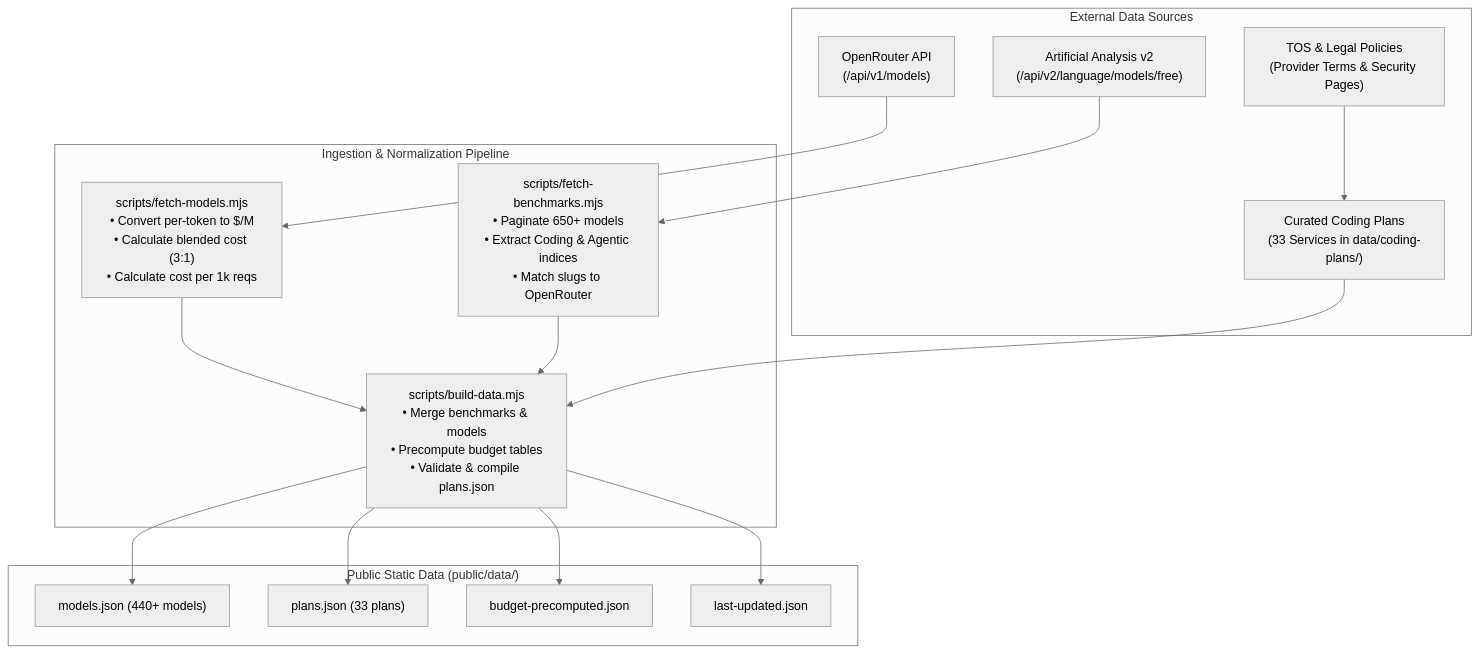
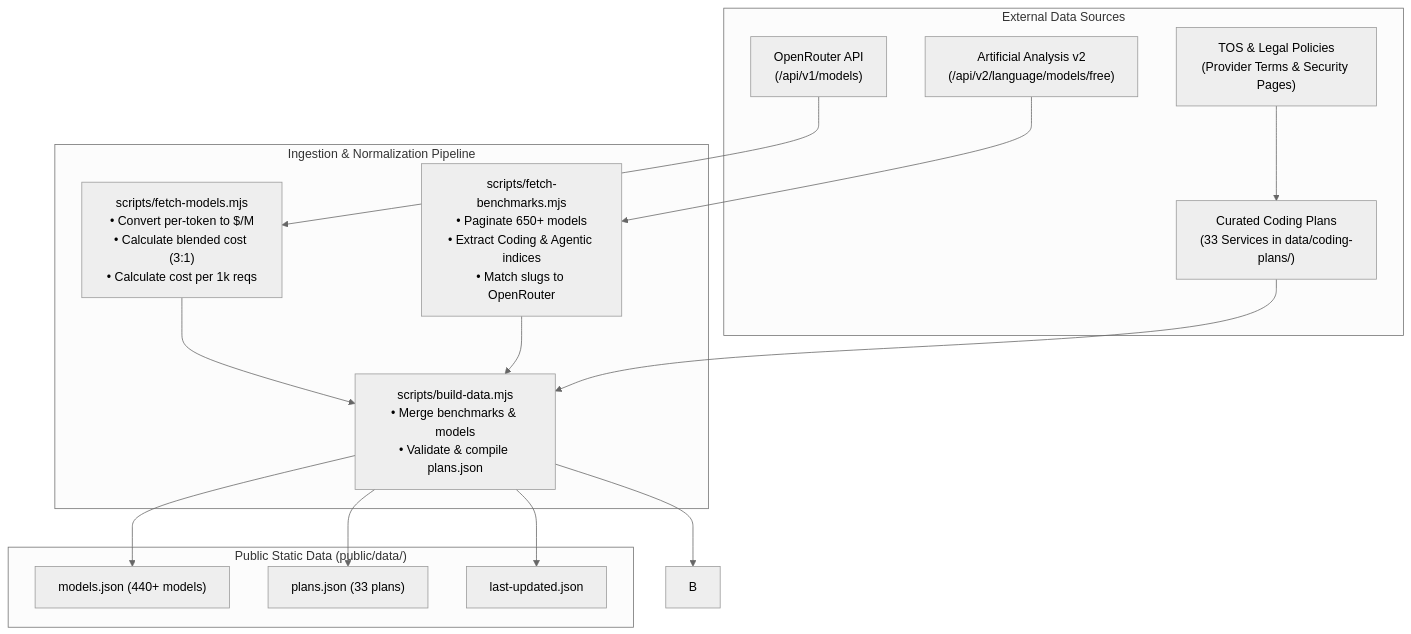
Before and after one commit to Heretek-AI/Token-Max: the diagram in docs/DATA_SOURCES.md, drawn with Mermaid (neutral theme). The commit also changed other lines of this file and 16 other files, not shown here.

````diff
--- a/docs/DATA_SOURCES.md
+++ b/docs/DATA_SOURCES.md
@@ -24,33 +24,32 @@
 ```mermaid
 flowchart TD
     subgraph DataSources["External Data Sources"]
         OR["OpenRouter API<br/>(/api/v1/models)"]
         AA["Artificial Analysis v2<br/>(/api/v2/language/models/free)"]
         CP["Curated Coding Plans<br/>(33 Services in data/coding-plans/)"]
         TOS["TOS & Legal Policies<br/>(Provider Terms & Security Pages)"]
     end
 
     subgraph Pipeline["Ingestion & Normalization Pipeline"]
         FM["scripts/fetch-models.mjs<br/>• Convert per-token to $/M<br/>• Calculate blended cost (3:1)<br/>• Calculate cost per 1k reqs"]
         FA["scripts/fetch-benchmarks.mjs<br/>• Paginate 650+ models<br/>• Extract Coding & Agentic indices<br/>• Match slugs to OpenRouter"]
-        BD["scripts/build-data.mjs<br/>• Merge benchmarks & models<br/>• Precompute budget tables<br/>• Validate & compile plans.json"]
+        BD["scripts/build-data.mjs<br/>• Merge benchmarks & models<br/>• Validate & compile plans.json"]
     end
 
     subgraph Outputs["Public Static Data (public/data/)"]
         M["models.json (440+ models)"]
         P["plans.json (33 plans)"]
-        B["budget-precomputed.json"]
         L["last-updated.json"]
     end
 
     OR --> FM
     AA --> FA
     FM --> BD
     FA --> BD
     CP --> BD
     TOS --> CP
     BD --> M
     BD --> P
     BD --> B
     BD --> L
 ```
````
